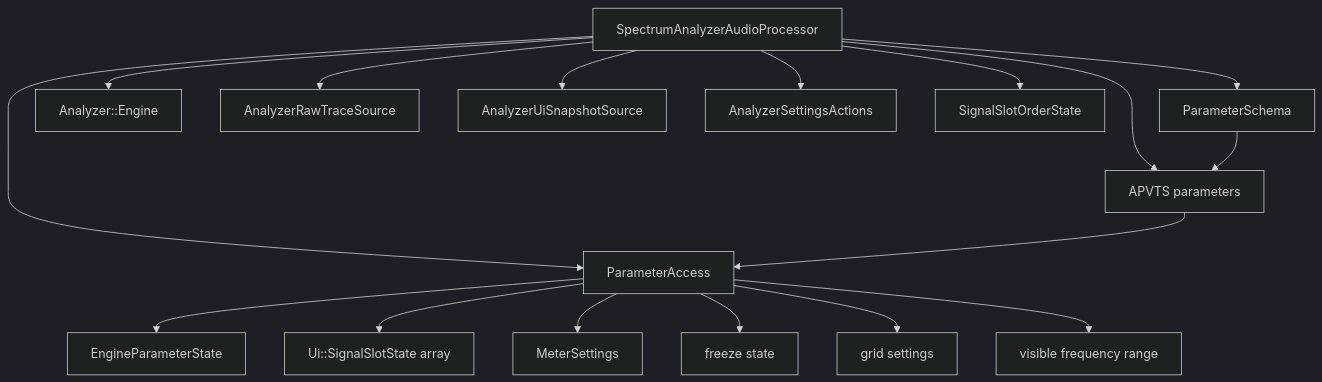
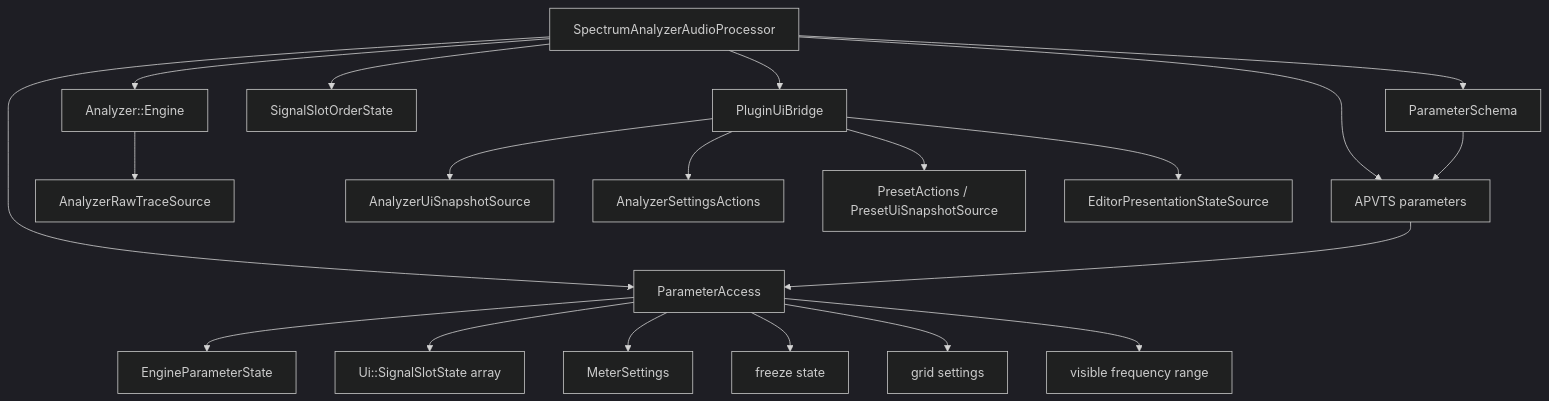
The second of 7 diagrams in docs/audio-processing-architecture.md (Silenterc/Band-Spectrum-Analyzer), drawn with Mermaid (dark theme) before and after one commit. The commit also changed other lines of this file and 52 other files, not shown here.

Commit message:
Fix the architecture a bit

````diff
--- a/docs/audio-processing-architecture.md
+++ b/docs/audio-processing-architecture.md
@@ -46,20 +46,24 @@
 ```mermaid
 flowchart TD
     Processor[SpectrumAnalyzerAudioProcessor] --> APVTS[APVTS parameters]
     Processor --> ParamSchema[ParameterSchema]
     Processor --> ParamAccess[ParameterAccess]
     Processor --> Engine[Analyzer::Engine]
-    Processor --> RawTraceSource[AnalyzerRawTraceSource]
-    Processor --> SnapshotSource[AnalyzerUiSnapshotSource]
-    Processor --> Settings[AnalyzerSettingsActions]
     Processor --> SlotOrderState[SignalSlotOrderState]
+    Processor --> Bridge[PluginUiBridge]
+
+    Engine --> RawTraceSource[AnalyzerRawTraceSource]
+    Bridge --> SnapshotSource[AnalyzerUiSnapshotSource]
+    Bridge --> Settings[AnalyzerSettingsActions]
+    Bridge --> PresetChannels[PresetActions / PresetUiSnapshotSource]
+    Bridge --> Presentation[EditorPresentationStateSource]
 
     ParamSchema --> APVTS
     APVTS --> ParamAccess
     ParamAccess --> EngineParams[EngineParameterState]
     ParamAccess --> UiSlots[Ui::SignalSlotState array]
     ParamAccess --> Meter[MeterSettings]
     ParamAccess --> Freeze[freeze state]
     ParamAccess --> Grid[grid settings]
     ParamAccess --> ViewRange[visible frequency range]
 ```
````
